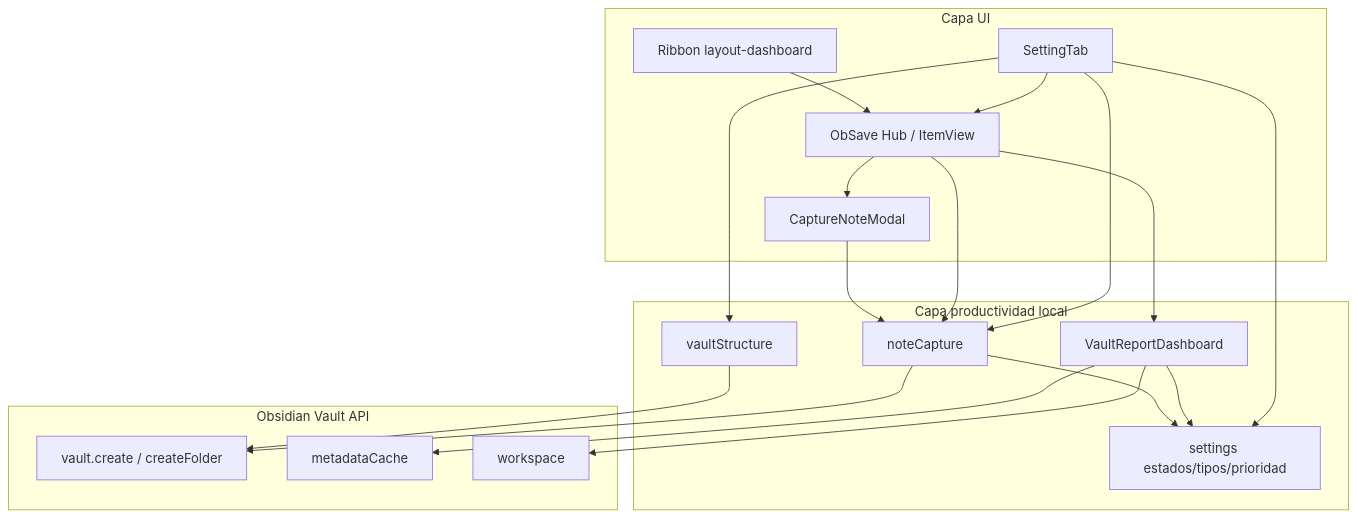
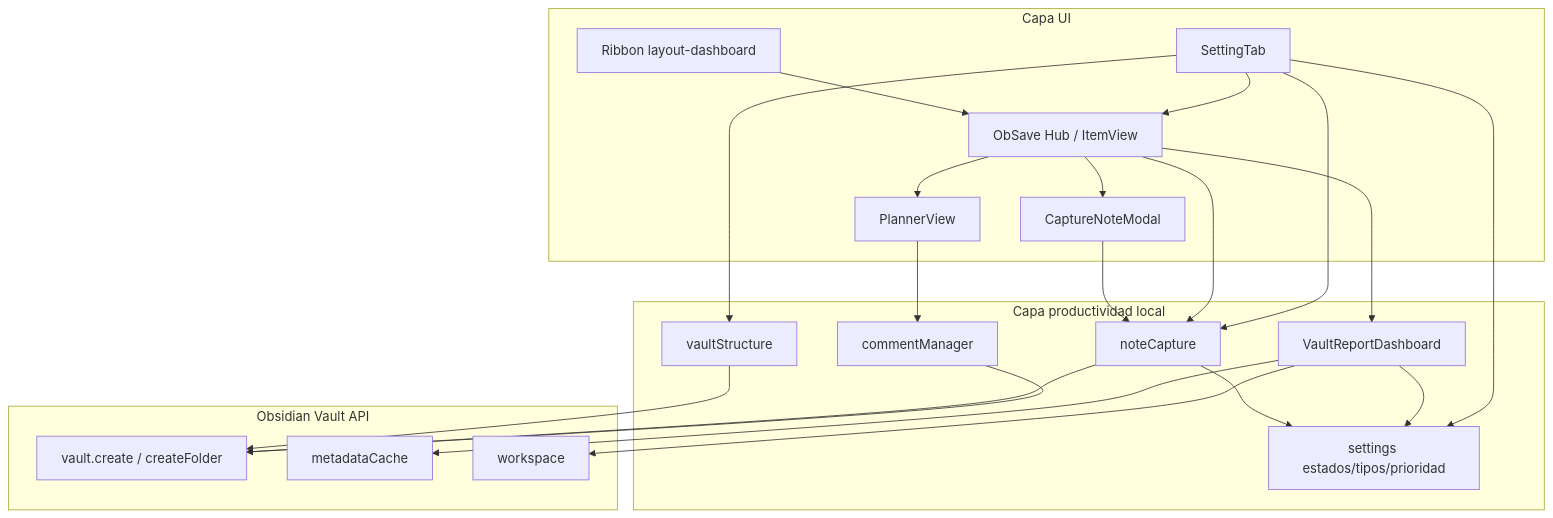
The diagram in .cursor/architecture.md (adastraforge/obsave), drawn with Mermaid before and after one commit. The commit also changed other lines of this file and 13 other files, not shown here.

````diff
--- a/.cursor/architecture.md
+++ b/.cursor/architecture.md
@@ -5,38 +5,43 @@
 ```mermaid
 flowchart TB
     subgraph UI["Capa UI"]
         ST[SettingTab]
         HV[ObSave Hub / ItemView]
+        PV[PlannerView]
         CM[CaptureNoteModal]
         RI[Ribbon layout-dashboard]
     end
 
     subgraph Prod["Capa productividad local"]
         NC[noteCapture]
         VS[vaultStructure]
         RD[VaultReportDashboard]
+        CMT[commentManager]
         STG[settings estados/tipos/prioridad]
     end
 
     subgraph Vault["Obsidian Vault API"]
         VA[vault.create / createFolder]
         MC[metadataCache]
         WS[workspace]
     end
 
     ST --> VS
     ST --> NC
     ST --> HV
     HV --> NC
     HV --> CM
     HV --> RD
+    HV --> PV
+    PV --> CMT
+    CMT --> VA
     CM --> NC
     RI --> HV
     ST --> STG
     RD --> STG
     NC --> STG
     NC --> VA
     VS --> VA
     RD --> MC
     RD --> WS
 ```
````
